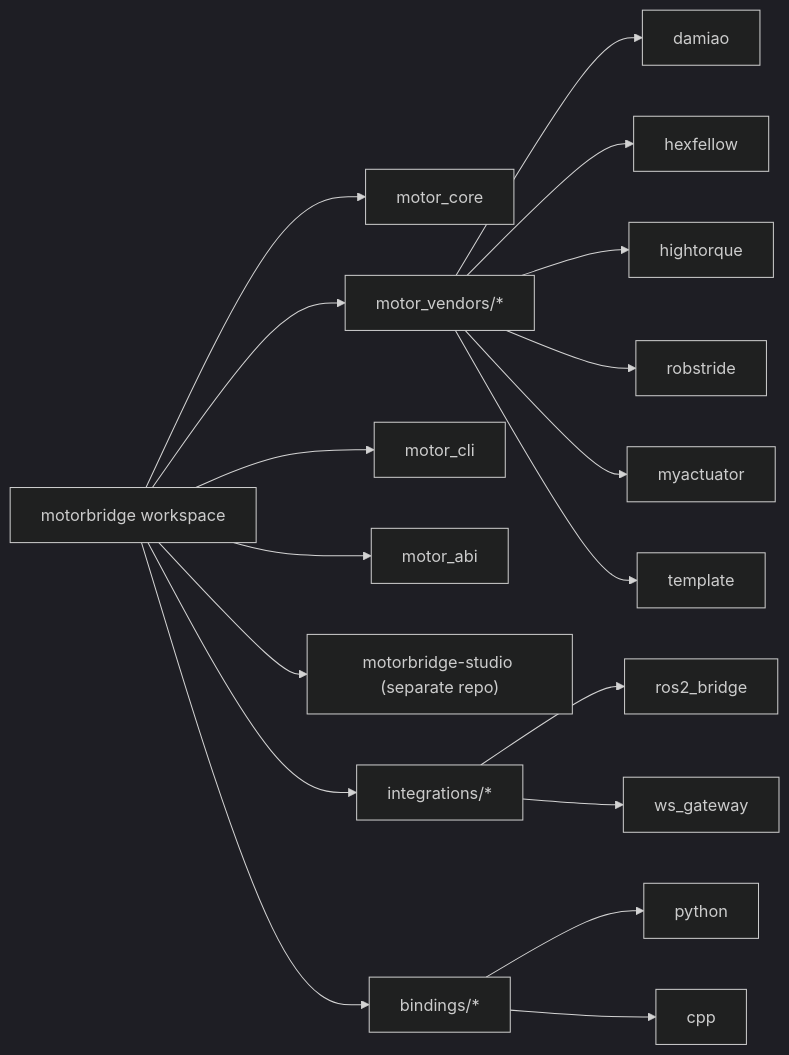
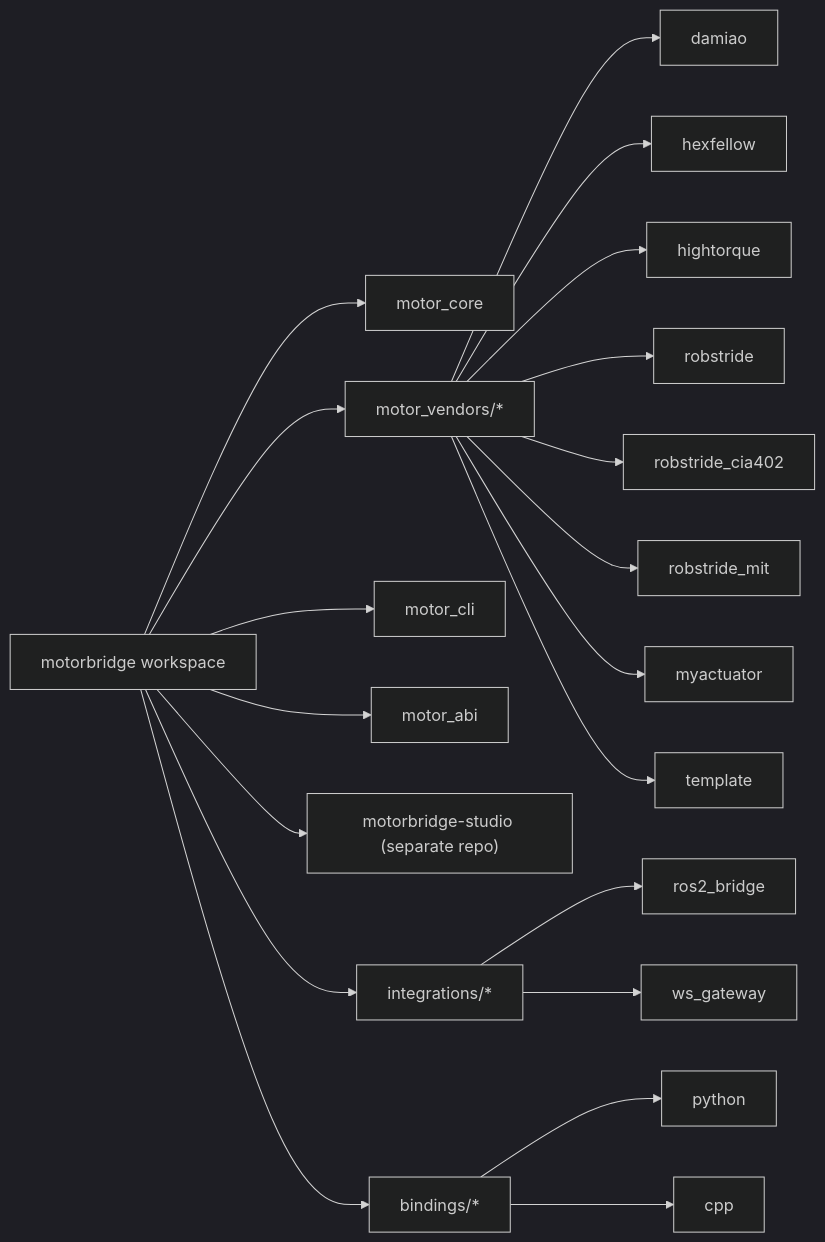
The second of 3 diagrams in README.md (Welt-liu/motorbridge), drawn with Mermaid (dark theme) before and after one commit. The commit also changed other lines of this file and 24 other files, not shown here.

Commit message:
Add experimental RobStride CiA402 and MIT vendors

````diff
--- a/README.md
+++ b/README.md
@@ -164,20 +190,22 @@
 ```mermaid
 flowchart LR
   ROOT["motorbridge workspace"] --> CORE["motor_core"]
   ROOT --> VENDORS["motor_vendors/*"]
   ROOT --> CLI["motor_cli"]
   ROOT --> ABI["motor_abi"]
   ROOT --> STUDIO["motorbridge-studio (separate repo)"]
   ROOT --> INTS["integrations/*"]
   ROOT --> BIND["bindings/*"]
   VENDORS --> VD["damiao"]
   VENDORS --> VH["hexfellow"]
   VENDORS --> VHT["hightorque"]
   VENDORS --> VR["robstride"]
+  VENDORS --> VRC["robstride_cia402"]
+  VENDORS --> VRM["robstride_mit"]
   VENDORS --> VM["myactuator"]
   VENDORS --> VT["template"]
   INTS --> ROS["ros2_bridge"]
   INTS --> WS["ws_gateway"]
   BIND --> PY["python"]
   BIND --> CPP["cpp"]
 ```
````
